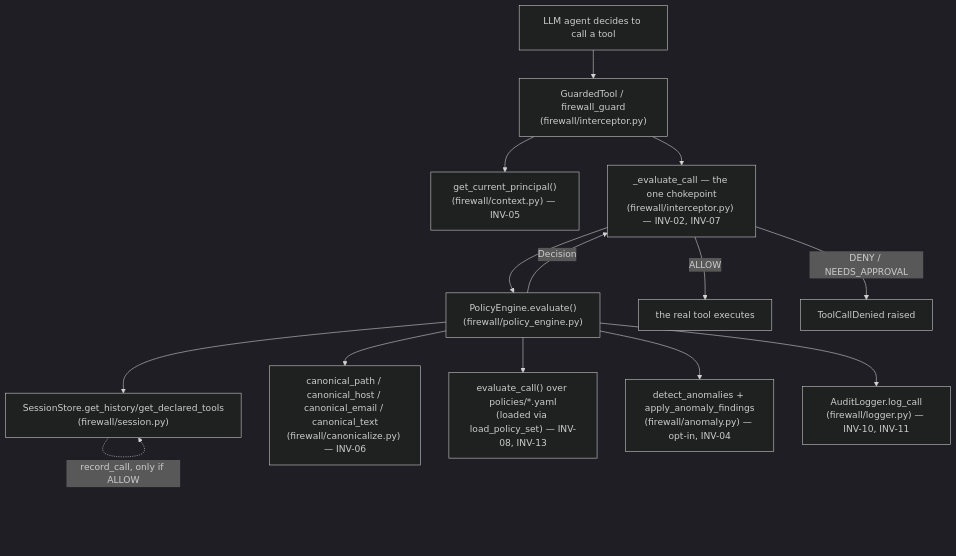
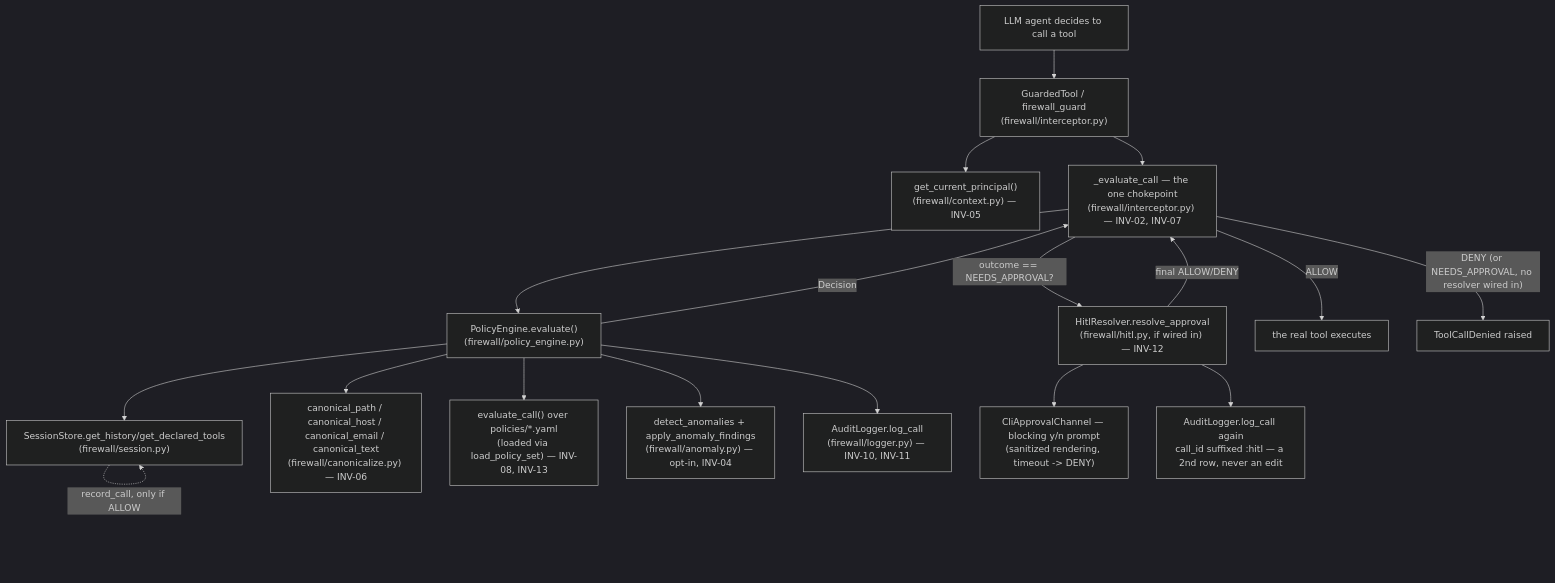
The diagram in docs/ARCHITECTURE_MAP.md (Aifaaz-K17/Project-PRAETOR), drawn with Mermaid (dark theme) before and after one commit. The commit also changed other lines of this file and 13 other files, not shown here.

````diff
--- a/docs/ARCHITECTURE_MAP.md
+++ b/docs/ARCHITECTURE_MAP.md
@@ -12,16 +12,20 @@
 ```mermaid
 flowchart TD
     LLM["LLM agent decides to call a tool"] --> GT["GuardedTool / firewall_guard\n(firewall/interceptor.py)"]
     GT --> CTX["get_current_principal()\n(firewall/context.py) — INV-05"]
     GT --> EVC["_evaluate_call — the one chokepoint\n(firewall/interceptor.py) — INV-02, INV-07"]
     EVC --> PE["PolicyEngine.evaluate()\n(firewall/policy_engine.py)"]
     PE --> SS["SessionStore.get_history/get_declared_tools\n(firewall/session.py)"]
     PE --> CAN["canonical_path / canonical_host / canonical_email / canonical_text\n(firewall/canonicalize.py) — INV-06"]
     PE --> RULES["evaluate_call() over policies/*.yaml\n(loaded via load_policy_set) — INV-08, INV-13"]
     PE --> ANOM["detect_anomalies + apply_anomaly_findings\n(firewall/anomaly.py) — opt-in, INV-04"]
     PE --> LOG["AuditLogger.log_call\n(firewall/logger.py) — INV-10, INV-11"]
     PE -- Decision --> EVC
+    EVC -- "outcome == NEEDS_APPROVAL?" --> HITL["HitlResolver.resolve_approval\n(firewall/hitl.py, if wired in) — INV-12"]
+    HITL --> CHAN["CliApprovalChannel — blocking y/n prompt\n(sanitized rendering, timeout -> DENY)"]
+    HITL --> LOG2["AuditLogger.log_call again\ncall_id suffixed :hitl — a 2nd row, never an edit"]
+    HITL -- "final ALLOW/DENY" --> EVC
     EVC -- ALLOW --> TOOL["the real tool executes"]
-    EVC -- "DENY / NEEDS_APPROVAL" --> DENIED["ToolCallDenied raised"]
+    EVC -- "DENY (or NEEDS_APPROVAL, no resolver wired in)" --> DENIED["ToolCallDenied raised"]
     SS -. "record_call, only if ALLOW" .-> SS
 ```
````
